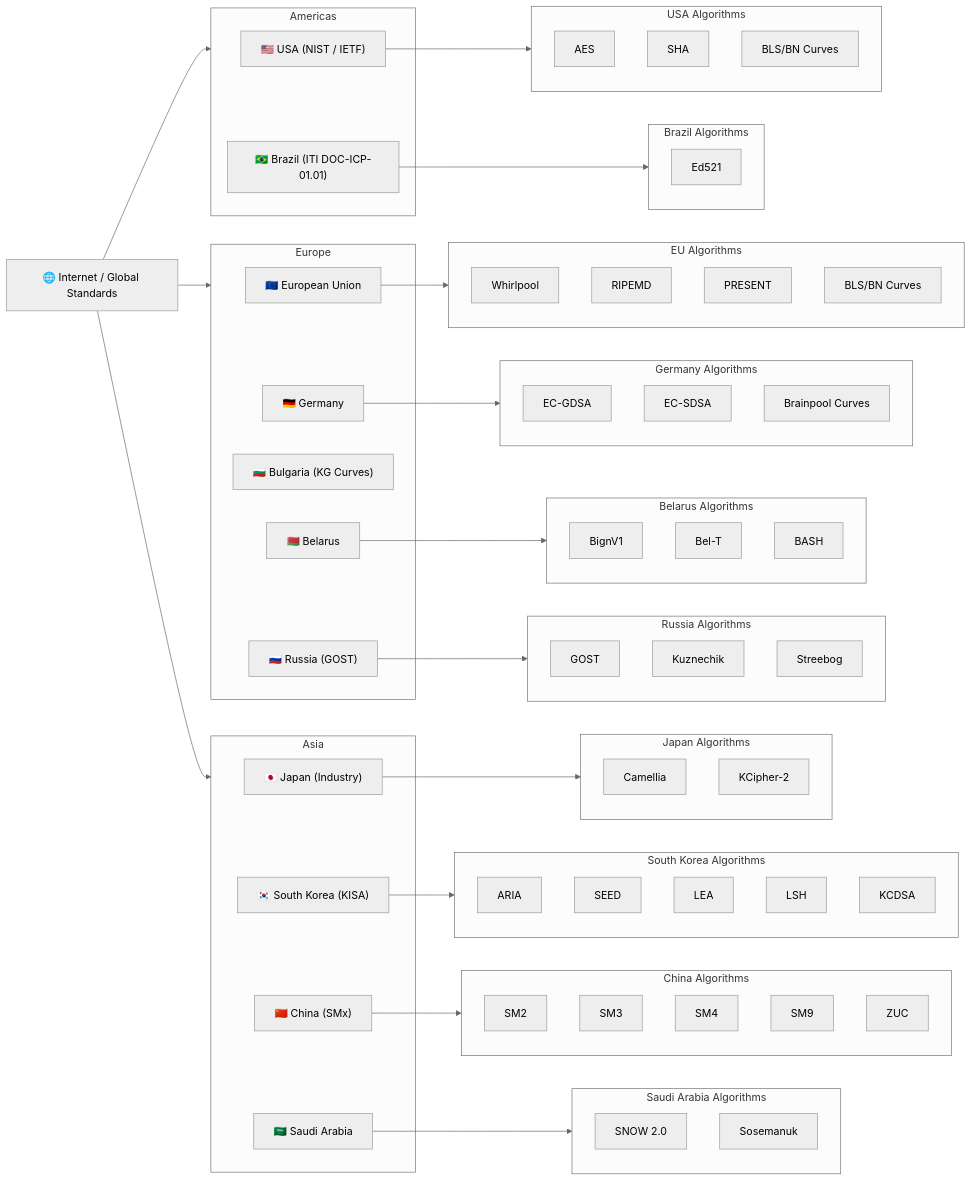
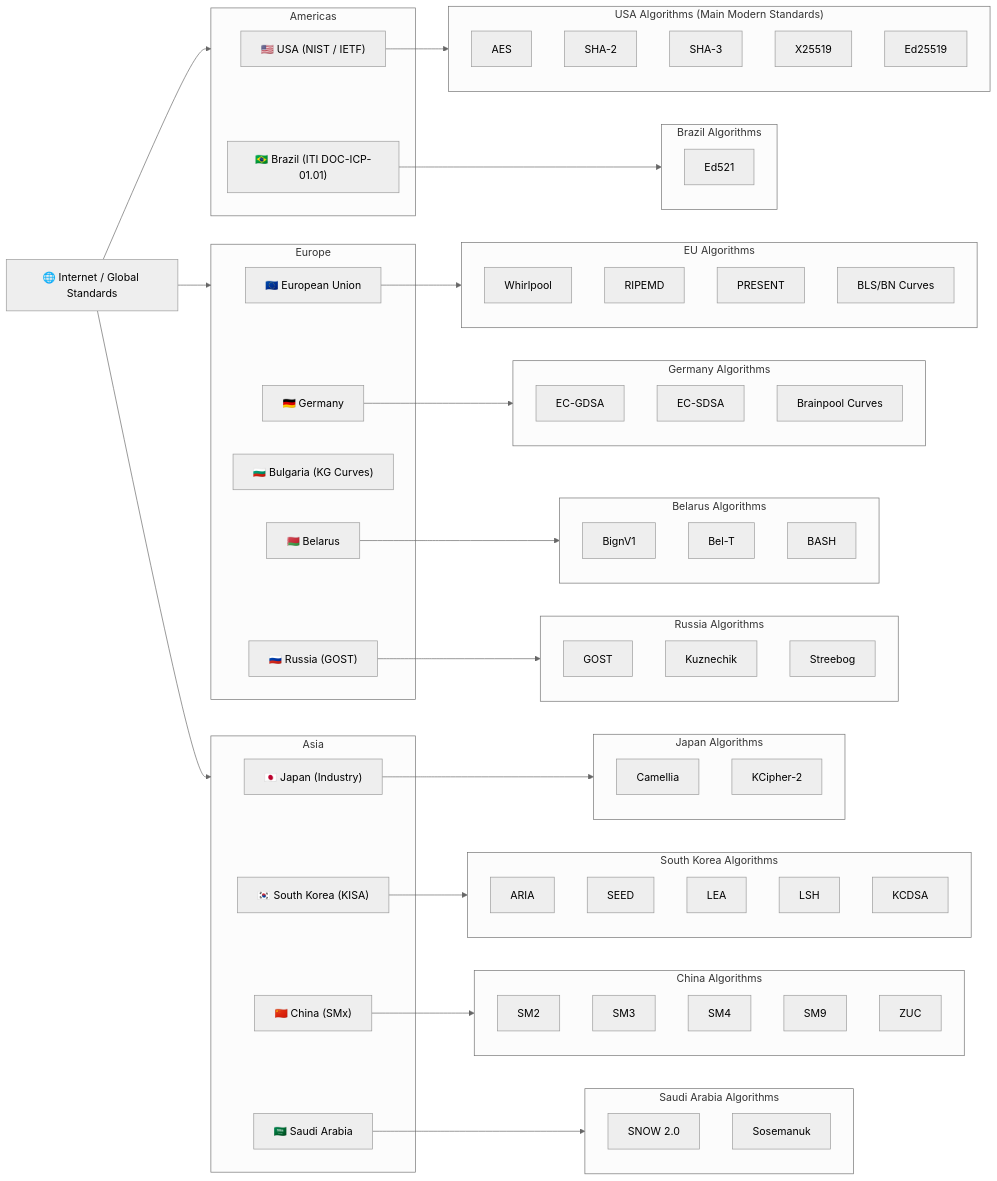
One commit to pedroalbanese/edgetk changed the first of 5 diagrams in README.md. Above: the diagram before and after it, drawn with Mermaid (neutral theme).

```diff
--- a/README.md
+++ b/README.md
@@ -260,10 +260,12 @@
     Internet --> Asia
 
     %% --- USA Algorithms ---
-    subgraph NIST_alg["USA Algorithms"]
+    subgraph NIST_alg["USA Algorithms (Main Modern Standards)"]
         AES["AES"]
-        SHA["SHA"]
-        BLS_BN["BLS/BN Curves"]
+        SHA2["SHA-2"]
+        SHA3["SHA-3"]
+        X25519["X25519"]
+        Ed25519["Ed25519"]
     end
     NIST --> NIST_alg
 
```
